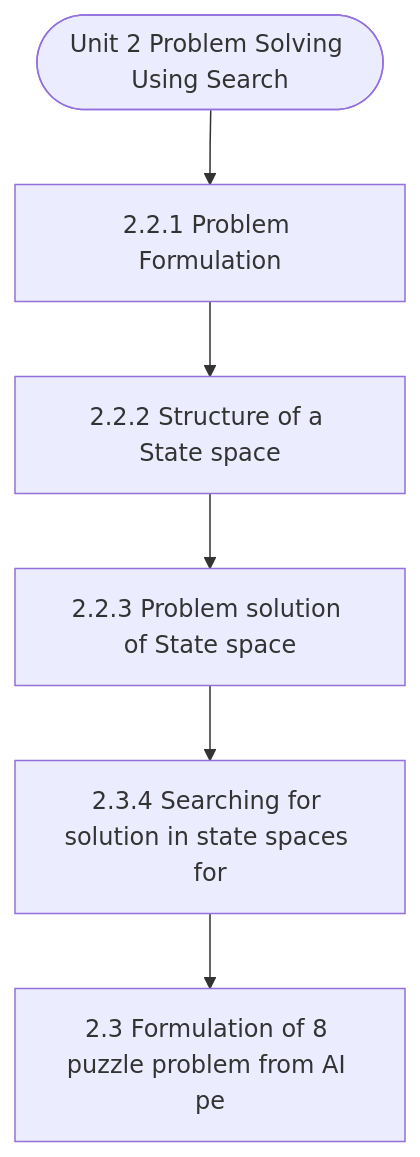
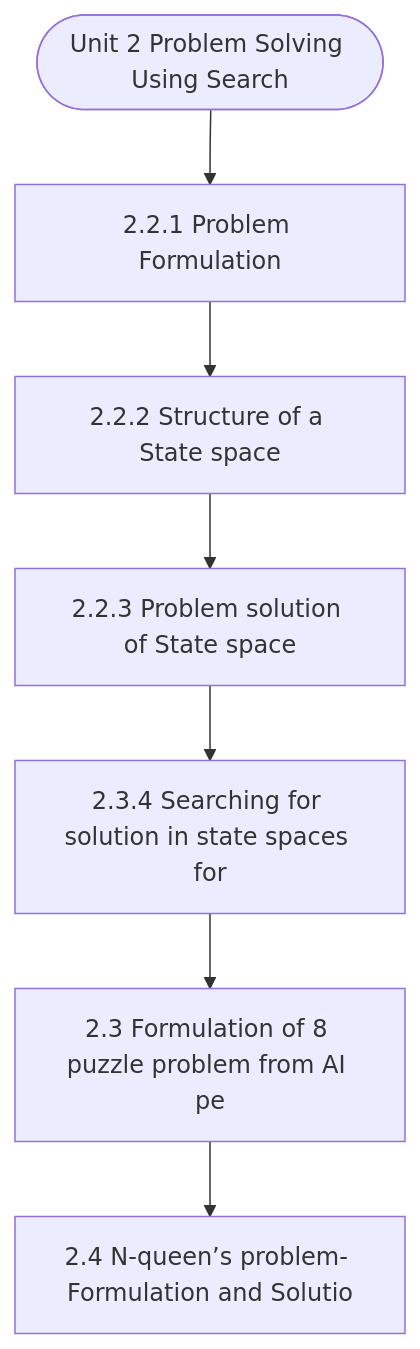
One commit to Asutosh-Coaching/mscdsa changed the diagram in notes/Semester_2/MCS-224_Artificial_Intelligence_&_Machine_Learning/unit_02_Problem_Solving_Using_Search.md. Above: the diagram before and after it, drawn with Mermaid. The commit also changed other lines of this file and 116 other files, not shown here.

````diff
--- a/notes/Semester_2/MCS-224_Artificial_Intelligence_&_Machine_Learning/unit_02_Problem_Solving_Using_Search.md
+++ b/notes/Semester_2/MCS-224_Artificial_Intelligence_&_Machine_Learning/unit_02_Problem_Solving_Using_Search.md
@@ -19,14 +19,16 @@
 ```mermaid
 flowchart TD
   Start(["Unit 2 Problem Solving Using Search"])
   N1["2.2.1 Problem Formulation"]
   N2["2.2.2 Structure of a State space"]
   N3["2.2.3 Problem solution of State space"]
   N4["2.3.4 Searching for solution in state spaces for"]
   N5["2.3 Formulation of 8 puzzle problem from AI pe"]
+  N6["2.4 N-queen’s problem- Formulation and Solutio"]
   Start --> N1
   N1 --> N2
   N2 --> N3
   N3 --> N4
   N4 --> N5
+  N5 --> N6
 ```
````
